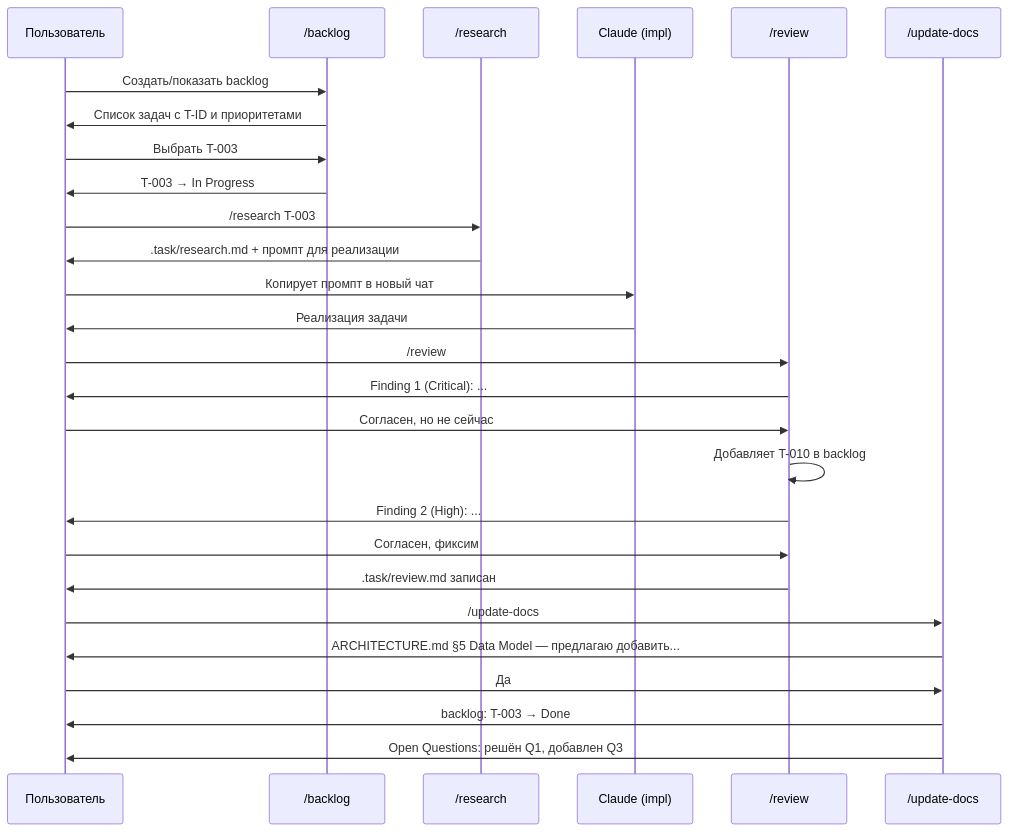
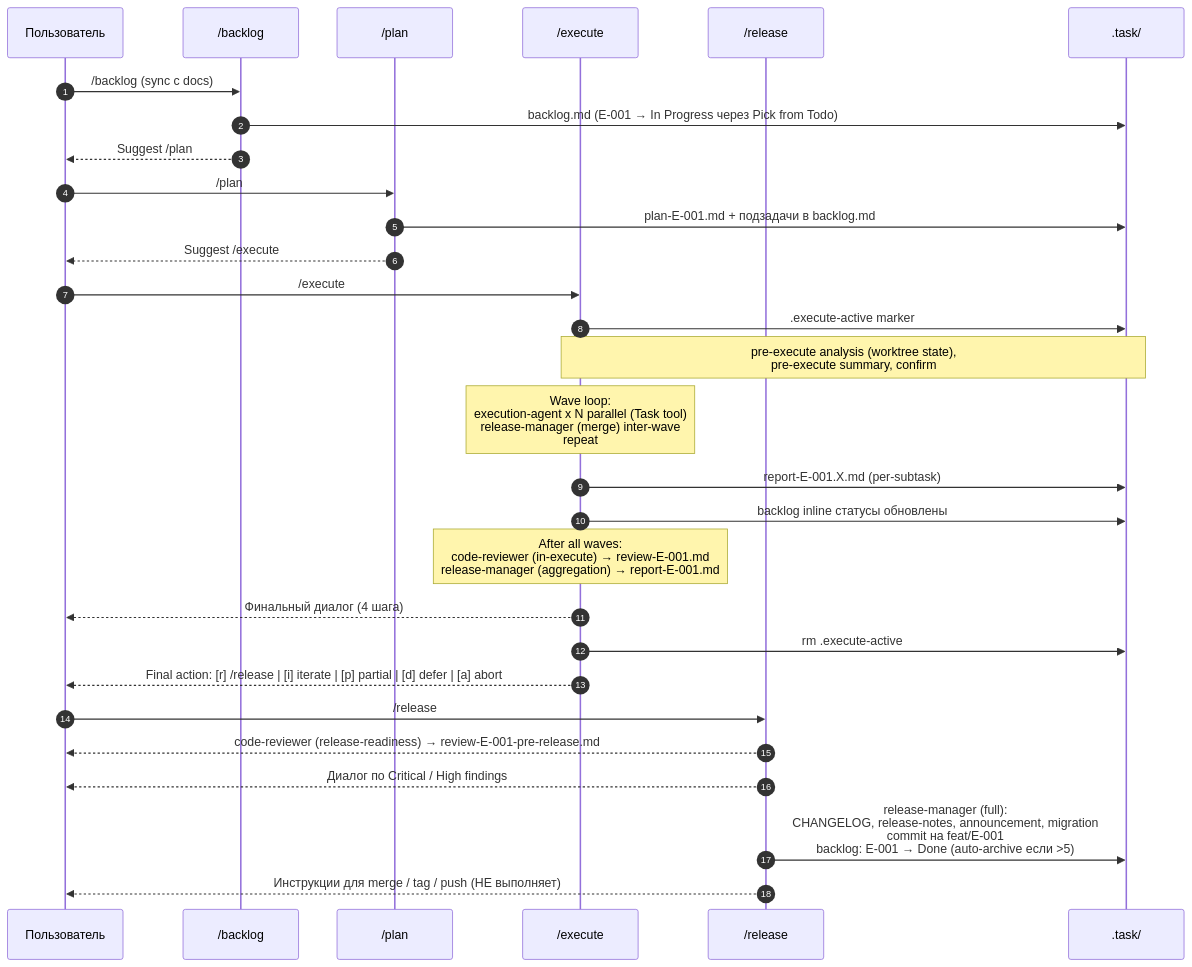
One commit to Dmatryus/dm-cc-assistant changed the second of 2 diagrams in ARCHITECTURE.md. Above: the diagram before and after it, drawn with Mermaid. The commit also changed other lines of this file and 25 other files, not shown here.

````diff
--- a/ARCHITECTURE.md
+++ b/ARCHITECTURE.md
@@ -86,34 +96,35 @@
 ```mermaid
 sequenceDiagram
+    autonumber
     participant U as Пользователь
     participant BL as /backlog
-    participant RS as /research
-    participant CL as Claude (impl)
-    participant RV as /review
-    participant UD as /update-docs
+    participant PL as /plan
+    participant EX as /execute
+    participant RL as /release
+    participant FS as .task/
 
-    U->>BL: Создать/показать backlog
-    BL->>U: Список задач с T-ID и приоритетами
-    U->>BL: Выбрать T-003
-    BL->>U: T-003 → In Progress
+    U->>BL: /backlog (sync с docs)
+    BL->>FS: backlog.md (E-001 → In Progress через Pick from Todo)
+    BL-->>U: Suggest /plan
 
-    U->>RS: /research T-003
-    RS->>U: .task/research.md + промпт для реализации
+    U->>PL: /plan
+    PL->>FS: plan-E-001.md + подзадачи в backlog.md
+    PL-->>U: Suggest /execute
 
-    U->>CL: Копирует промпт в новый чат
-    CL->>U: Реализация задачи
+    U->>EX: /execute
+    EX->>FS: .execute-active marker
+    Note over EX,FS: pre-execute analysis (worktree state),<br/>pre-execute summary, confirm
+    Note over EX: Wave loop:<br/>execution-agent x N parallel (Task tool)<br/>release-manager (merge) inter-wave<br/>repeat
+    EX->>FS: report-E-001.X.md (per-subtask)
+    EX->>FS: backlog inline статусы обновлены
+    Note over EX: After all waves:<br/>code-reviewer (in-execute) → review-E-001.md<br/>release-manager (aggregation) → report-E-001.md
+    EX-->>U: Финальный диалог (4 шага)
+    EX->>FS: rm .execute-active
+    EX-->>U: Final action: [r] /release | [i] iterate | [p] partial | [d] defer | [a] abort
 
-    U->>RV: /review
-    RV->>U: Finding 1 (Critical): ...
-    U->>RV: Согласен, но не сейчас
-    RV->>RV: Добавляет T-010 в backlog
-    RV->>U: Finding 2 (High): ...
-    U->>RV: Согласен, фиксим
-    RV->>U: .task/review.md записан
-
-    U->>UD: /update-docs
-    UD->>U: ARCHITECTURE.md §5 Data Model — предлагаю добавить...
-    U->>UD: Да
-    UD->>U: backlog: T-003 → Done
-    UD->>U: Open Questions: решён Q1, добавлен Q3
+    U->>RL: /release
+    RL-->>U: code-reviewer (release-readiness) → review-E-001-pre-release.md
+    RL-->>U: Диалог по Critical / High findings
+    RL->>FS: release-manager (full):<br/>CHANGELOG, release-notes, announcement, migration<br/>commit на feat/E-001<br/>backlog: E-001 → Done (auto-archive если >5)
+    RL-->>U: Инструкции для merge / tag / push (НЕ выполняет)
 ```
````
